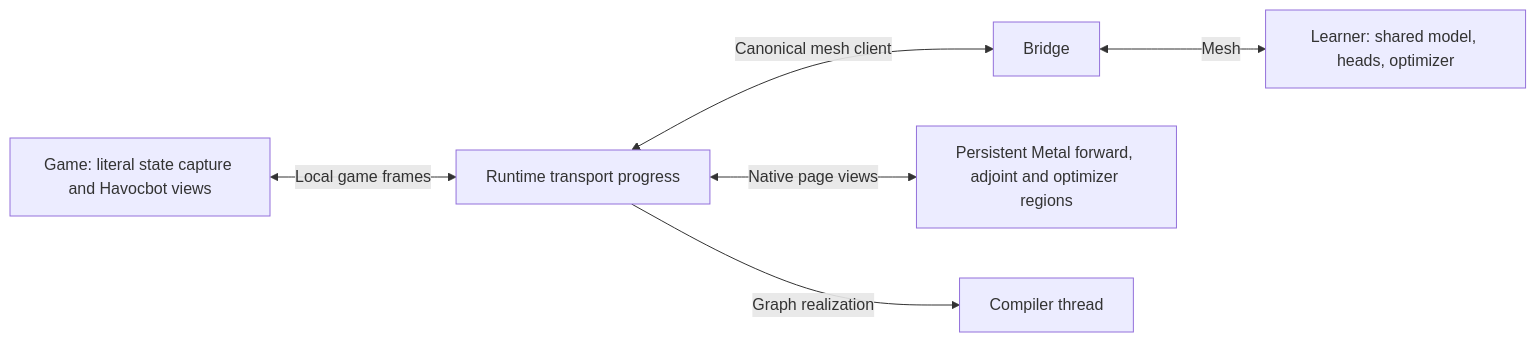
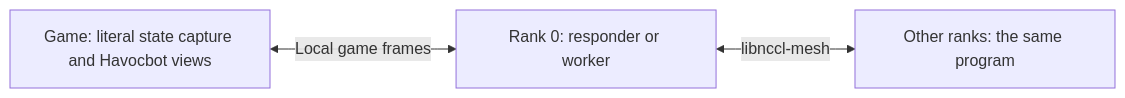
The diagram in design/POLICY-TRANSPORT.md (SQCU/mesh), drawn with Mermaid before and after one commit. The commit also changed other lines of this file and 10 other files, not shown here.

````diff
--- a/design/POLICY-TRANSPORT.md
+++ b/design/POLICY-TRANSPORT.md
@@ -17,8 +9,5 @@
 ```mermaid
 flowchart LR
-    Game[Game: literal state capture and Havocbot views] <-->|Local game frames| IO[Runtime transport progress]
-    IO <-->|Canonical mesh client| Bridge[Bridge]
-    Bridge <-->|Mesh| Learner[Learner: shared model, heads, optimizer]
-    IO <-->|Native page views| Numeric[Persistent Metal forward, adjoint and optimizer regions]
-    IO -->|Graph realization| Compiler[Compiler thread]
+    Game[Game: literal state capture and Havocbot views] <-->|Local game frames| Responder[Rank 0: responder or worker]
+    Responder <-->|libnccl-mesh| Ranks[Other ranks: the same program]
 ```
````
